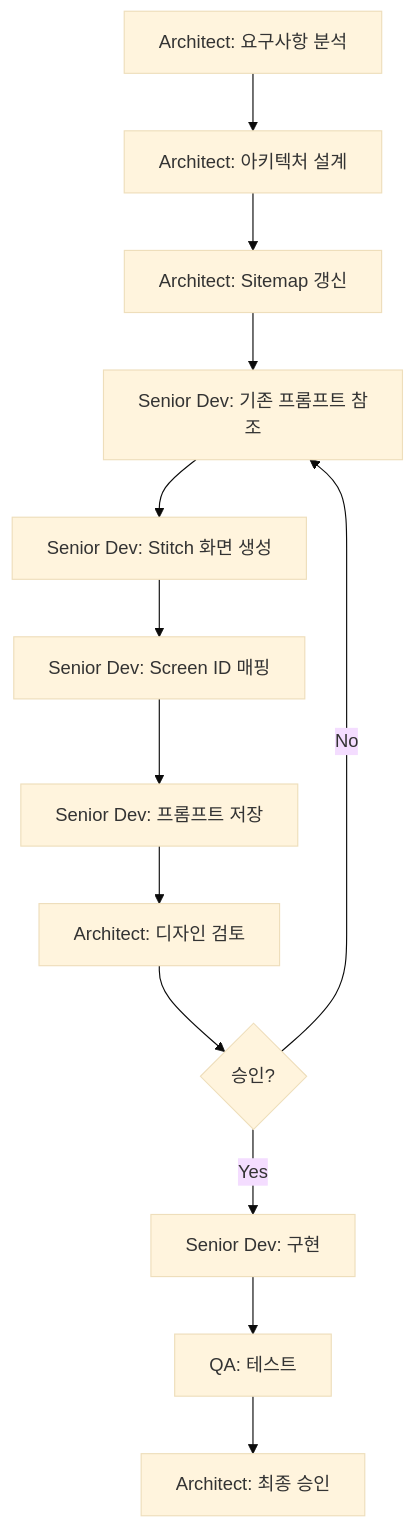
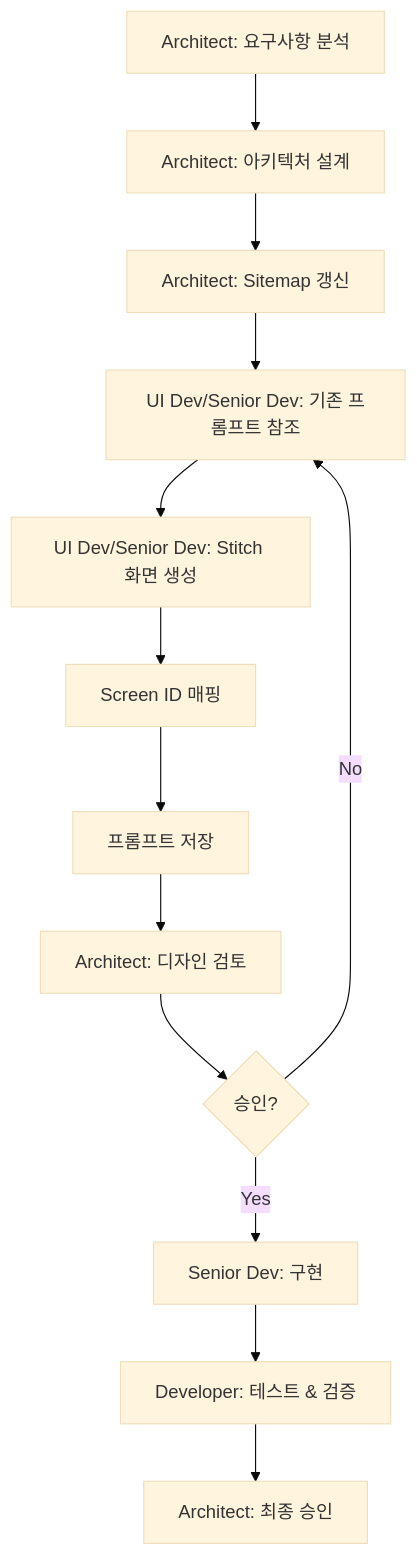
Before and after one commit to teenfo/BCL-portal: the first of 3 diagrams in .antigravity/workflows/feature-workflow.md, drawn with Mermaid (base theme). The commit also changed other lines of this file and 46 other files, not shown here.

````diff
--- a/.antigravity/workflows/feature-workflow.md
+++ b/.antigravity/workflows/feature-workflow.md
@@ -61,15 +63,15 @@
 ```mermaid
 graph TD
     A[Architect: 요구사항 분석] --> B[Architect: 아키텍처 설계]
     B --> C[Architect: Sitemap 갱신]
-    C --> D[Senior Dev: 기존 프롬프트 참조]
-    D --> E[Senior Dev: Stitch 화면 생성]
-    E --> F[Senior Dev: Screen ID 매핑]
-    F --> G[Senior Dev: 프롬프트 저장]
+    C --> D[UI Dev/Senior Dev: 기존 프롬프트 참조]
+    D --> E[UI Dev/Senior Dev: Stitch 화면 생성]
+    E --> F[Screen ID 매핑]
+    F --> G[프롬프트 저장]
     G --> H[Architect: 디자인 검토]
     H --> I{승인?}
     I -->|No| D
     I -->|Yes| J[Senior Dev: 구현]
-    J --> K[QA: 테스트]
+    J --> K[Developer: 테스트 & 검증]
     K --> L[Architect: 최종 승인]
 ```
````
